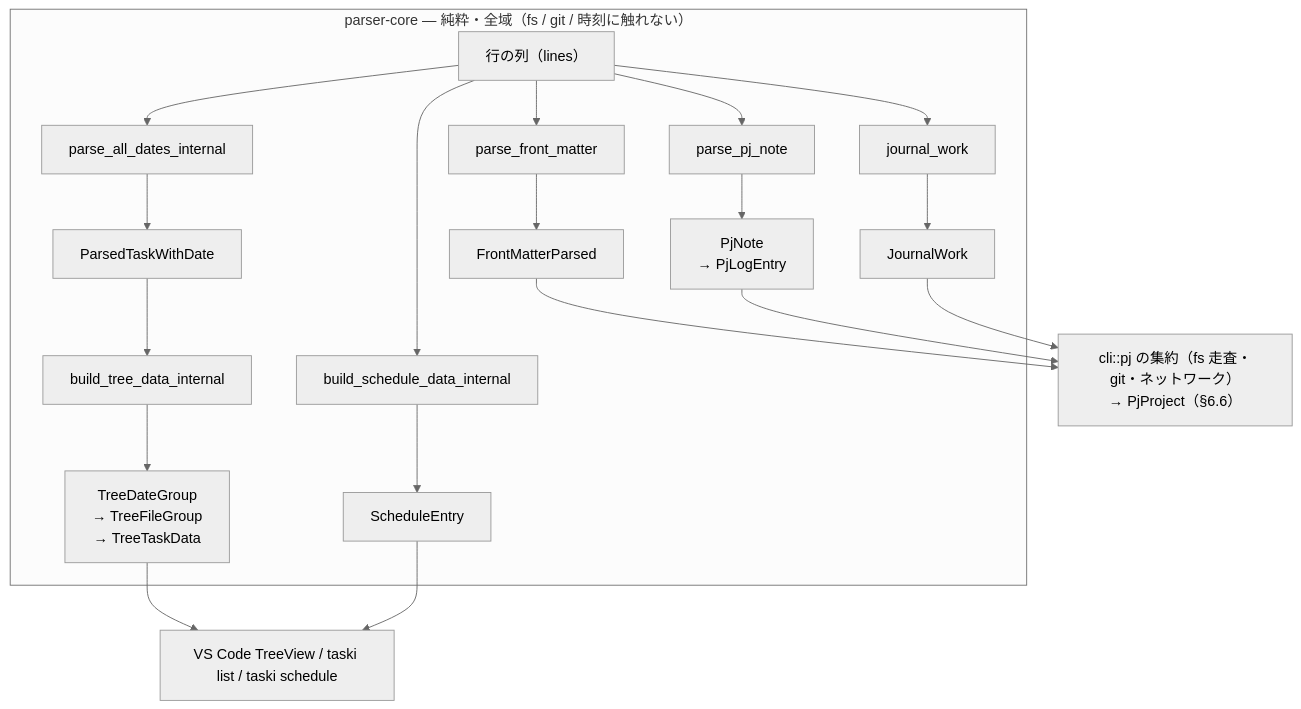
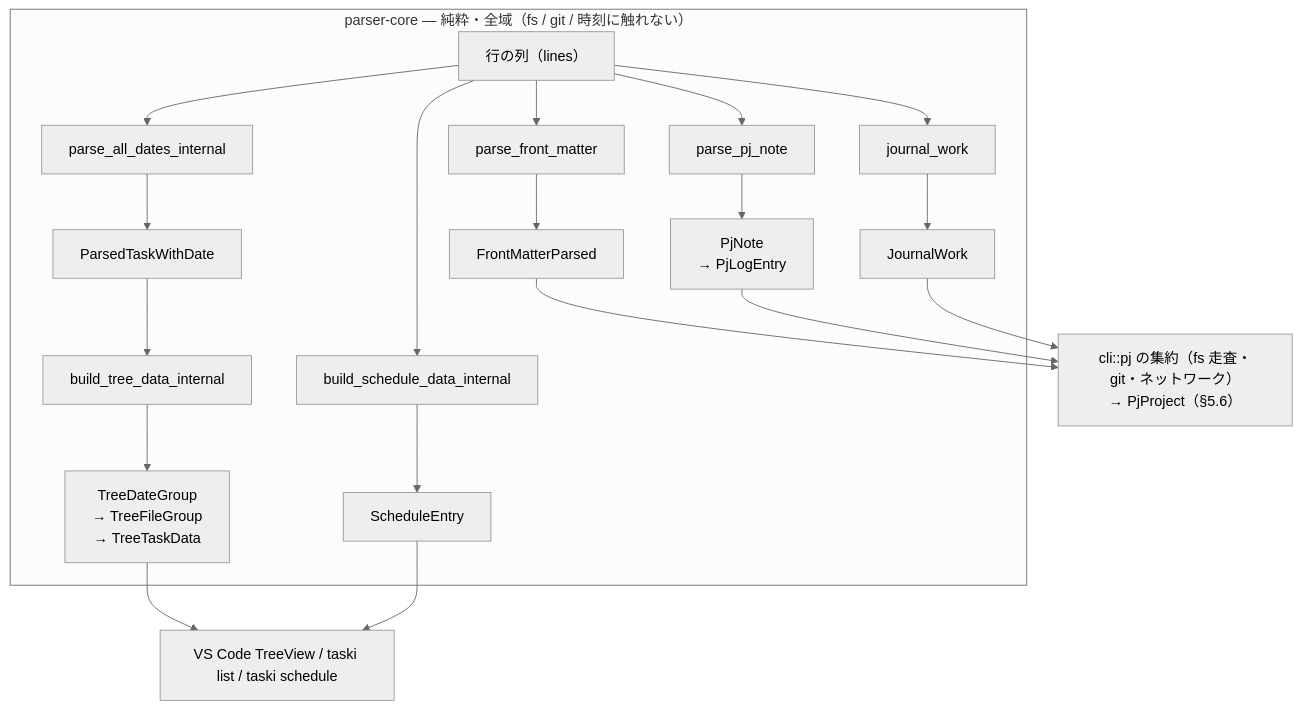
Before and after one commit to firstforest/daily-task-logger: the second of 9 diagrams in docs/design.md, drawn with Mermaid (neutral theme). The commit also changed other lines of this file and 4 other files, not shown here.

````diff
--- a/docs/design.md
+++ b/docs/design.md
@@ -480,17 +145,17 @@
 ```mermaid
 flowchart TB
     subgraph core["parser-core — 純粋・全域（fs / git / 時刻に触れない）"]
         L["行の列（lines）"]
         L --> A1["parse_all_dates_internal"] --> T1["ParsedTaskWithDate"] --> B1["build_tree_data_internal"] --> T5["TreeDateGroup<br/>→ TreeFileGroup<br/>→ TreeTaskData"]
         L --> A2["build_schedule_data_internal"] --> T2["ScheduleEntry"]
         L --> A5["parse_front_matter"] --> T6["FrontMatterParsed"]
         L --> A3["parse_pj_note"] --> T3["PjNote<br/>→ PjLogEntry"]
         L --> A4["journal_work"] --> T4["JournalWork"]
     end
 
     T5 --> UI["VS Code TreeView / taski list / taski schedule"]
     T2 --> UI
-    T6 --> AGG["cli::pj の集約（fs 走査・git・ネットワーク）<br/>→ PjProject（§6.6）"]
+    T6 --> AGG["cli::pj の集約（fs 走査・git・ネットワーク）<br/>→ PjProject（§5.6）"]
     T3 --> AGG
     T4 --> AGG
 ```
````
